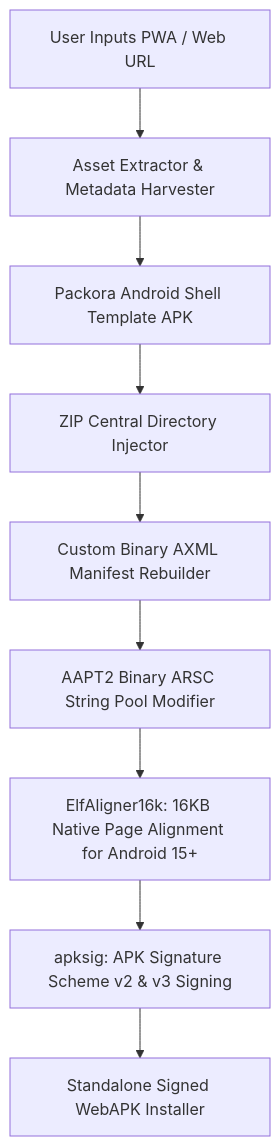
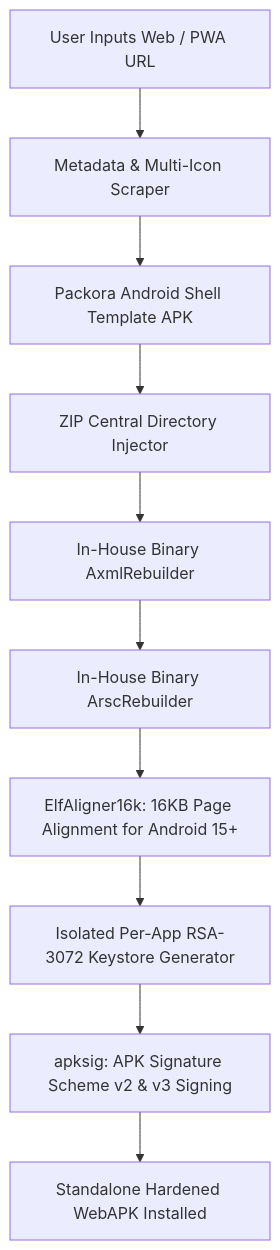
Before and after one commit to Maheswara660/Packora: the diagram in README.md, drawn with Mermaid. The commit also changed other lines of this file and 152 other files, not shown here.

````diff
--- a/README.md
+++ b/README.md
@@ -84,11 +91,12 @@
 ```mermaid
 graph TD
-    A[User Inputs PWA / Web URL] --> B[Asset Extractor & Metadata Harvester]
+    A[User Inputs Web / PWA URL] --> B[Metadata & Multi-Icon Scraper]
     B --> C[Packora Android Shell Template APK]
     C --> D[ZIP Central Directory Injector]
-    D --> E[Custom Binary AXML Manifest Rebuilder]
-    E --> F[AAPT2 Binary ARSC String Pool Modifier]
-    F --> G[ElfAligner16k: 16KB Native Page Alignment for Android 15+]
-    G --> H[apksig: APK Signature Scheme v2 & v3 Signing]
-    H --> I[Standalone Signed WebAPK Installer]
+    D --> E[In-House Binary AxmlRebuilder]
+    E --> F[In-House Binary ArscRebuilder]
+    F --> G[ElfAligner16k: 16KB Page Alignment for Android 15+]
+    G --> H[Isolated Per-App RSA-3072 Keystore Generator]
+    H --> I[apksig: APK Signature Scheme v2 & v3 Signing]
+    I --> J[Standalone Hardened WebAPK Installed]
 ```
````
